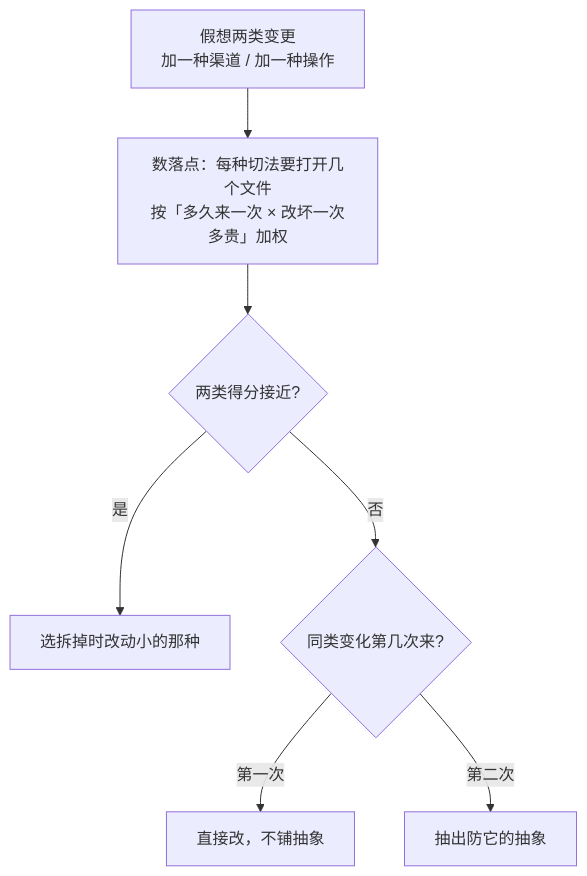
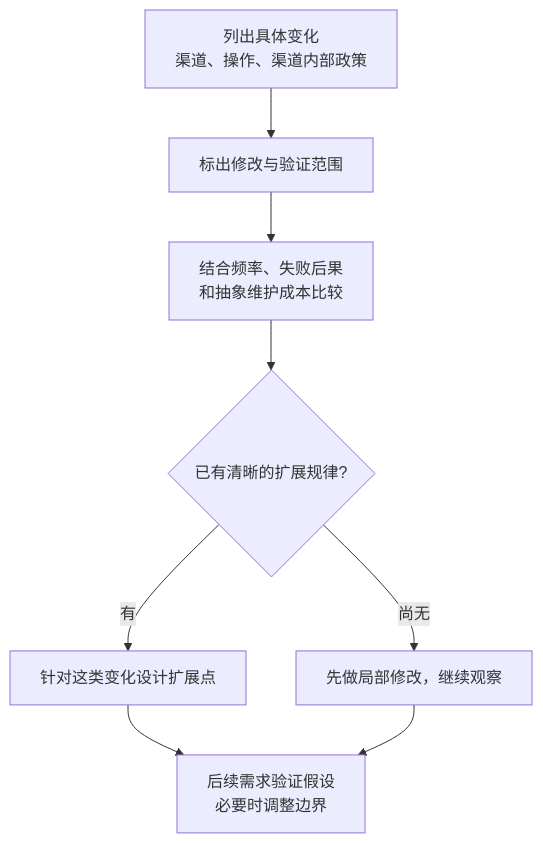
Before and after one commit to ffzz/blog: the third of 3 diagrams in src/content/notes/zh/open-closed-only-the-guessed-axis.md, drawn with Mermaid. The commit also changed other lines of this file and 3 other files, not shown here.

````diff
--- a/src/content/notes/zh/open-closed-only-the-guessed-axis.md
+++ b/src/content/notes/zh/open-closed-only-the-guessed-axis.md
@@ -203,9 +273,10 @@
 ```mermaid
 flowchart TD
-    A["假想两类变更<br/>加一种渠道 / 加一种操作"] --> B["数落点：每种切法要打开几个文件<br/>按「多久来一次 × 改坏一次多贵」加权"]
-    B --> C{"两类得分接近?"}
-    C -- 是 --> D["选拆掉时改动小的那种"]
-    C -- 否 --> E{"同类变化第几次来?"}
-    E -- 第一次 --> F["直接改，不铺抽象"]
-    E -- 第二次 --> G["抽出防它的抽象"]
+    A["列出具体变化<br/>渠道、操作、渠道内部政策"] --> B["标出修改与验证范围"]
+    B --> C["结合频率、失败后果<br/>和抽象维护成本比较"]
+    C --> D{"已有清晰的扩展规律?"}
+    D -- 有 --> E["针对这类变化设计扩展点"]
+    D -- 尚无 --> F["先做局部修改，继续观察"]
+    E --> G["后续需求验证假设<br/>必要时调整边界"]
+    F --> G
 ```
````
